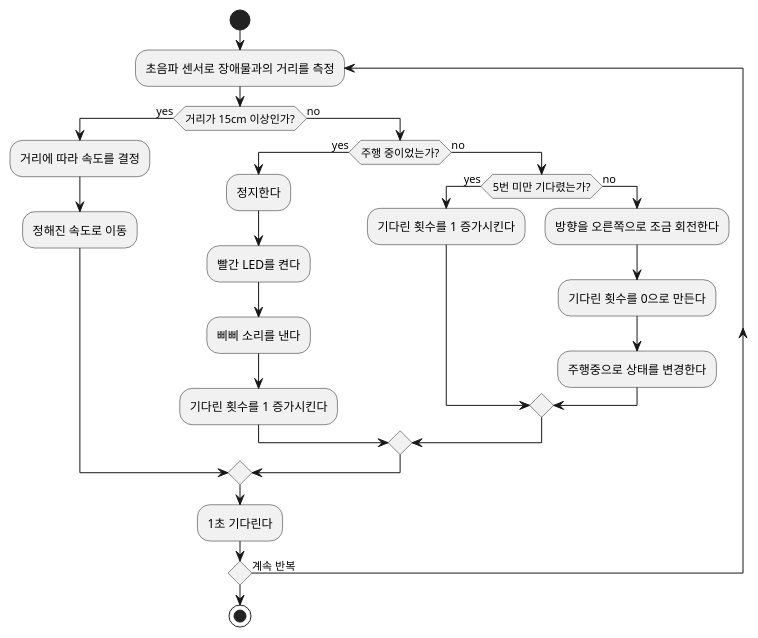
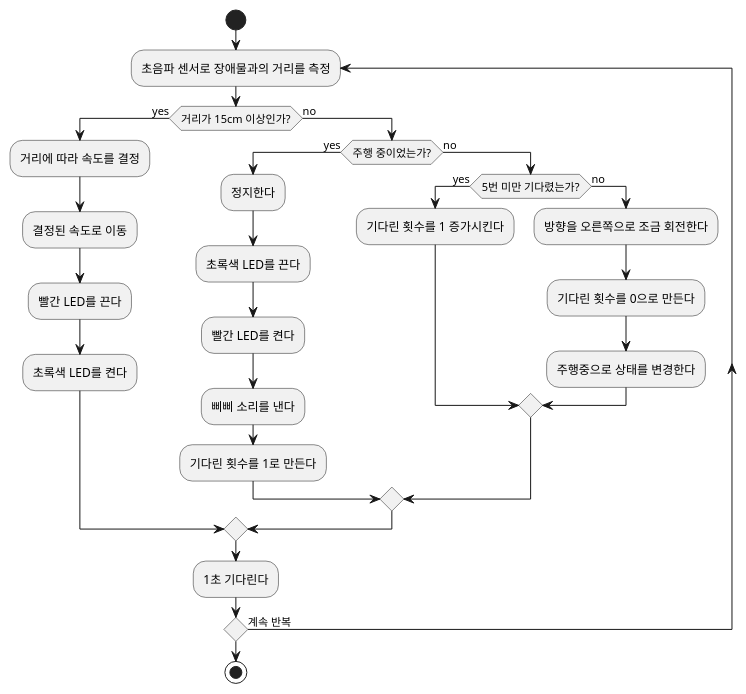
The diagram in _article/activity.puml (msaltnet/coding-camp), drawn with PlantUML before and after one commit. The commit also changed 7 other files, not shown here.

```diff
--- a/_article/activity.puml
+++ b/_article/activity.puml
@@ -1,26 +1,29 @@
 @startuml
 start
 repeat :초음파 센서로 장애물과의 거리를 측정;
     if (거리가 15cm 이상인가?) then (yes)
         :거리에 따라 속도를 결정;
-        :정해진 속도로 이동;
+        :결정된 속도로 이동;
+        :빨간 LED를 끈다;
+        :초록색 LED를 켠다;
     else (no)
         if (주행 중이었는가?) then (yes)
             :정지한다;
+            :초록색 LED를 끈다;
             :빨간 LED를 켠다;
             :삐삐 소리를 낸다;
-            :기다린 횟수를 1 증가시킨다;
+            :기다린 횟수를 1로 만든다;
         else (no)
             if (5번 미만 기다렸는가?) then (yes)
                 :기다린 횟수를 1 증가시킨다;
             else (no)
                 :방향을 오른쪽으로 조금 회전한다;
                 :기다린 횟수를 0으로 만든다;
                 :주행중으로 상태를 변경한다;
             endif
         endif
     endif
 :1초 기다린다;
 repeat while() is (계속 반복);
 stop
 @enduml
```
